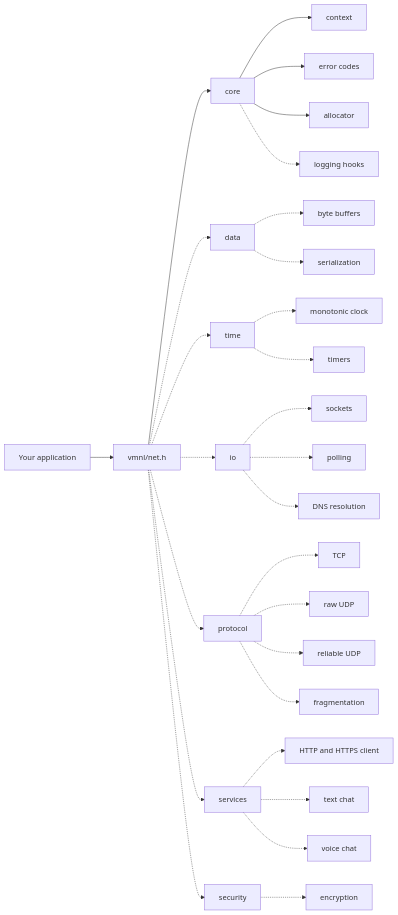
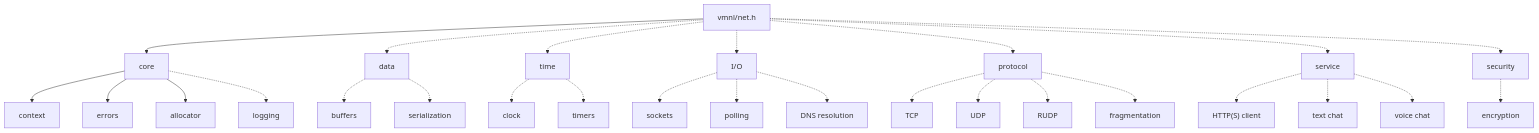
The diagram in README.md (VMNL/vmnl-net), drawn with Mermaid before and after one commit. The commit also changed other lines of this file, not shown here.

````diff
--- a/README.md
+++ b/README.md
@@ -65,30 +59,30 @@
 ```mermaid
-flowchart LR
-    APP["Your application"] --> NET["vmnl/net.h"]
+flowchart
+    NET["vmnl/net.h"]
     NET --> CORE["core"]
     CORE --> CTX["context"]
-    CORE --> ERR["error codes"]
+    CORE --> ERR["errors"]
     CORE --> ALLOC["allocator"]
-    CORE -.-> LOG["logging hooks"]
+    CORE -.-> LOG["logging"]
     NET -.-> DATA["data"]
-    DATA -.-> BUF["byte buffers"]
+    DATA -.-> BUF["buffers"]
     DATA -.-> SER["serialization"]
     NET -.-> TIME["time"]
-    TIME -.-> CLOCK["monotonic clock"]
+    TIME -.-> CLOCK["clock"]
     TIME -.-> TIMER["timers"]
-    NET -.-> IO["io"]
+    NET -.-> IO["I/O"]
     IO -.-> SOCK["sockets"]
     IO -.-> POLL["polling"]
     IO -.-> DNS["DNS resolution"]
     NET -.-> PROTO["protocol"]
     PROTO -.-> TCP["TCP"]
-    PROTO -.-> UDP["raw UDP"]
-    PROTO -.-> RUDP["reliable UDP"]
+    PROTO -.-> UDP["UDP"]
+    PROTO -.-> RUDP["RUDP"]
     PROTO -.-> FRAG["fragmentation"]
-    NET -.-> SERV["services"]
-    SERV -.-> HTTP["HTTP and HTTPS client"]
+    NET -.-> SERV["service"]
+    SERV -.-> HTTP["HTTP(S) client"]
     SERV -.-> CHAT["text chat"]
     SERV -.-> VOICE["voice chat"]
     NET -.-> SEC["security"]
     SEC -.-> CRYPT["encryption"]
 ```
````
